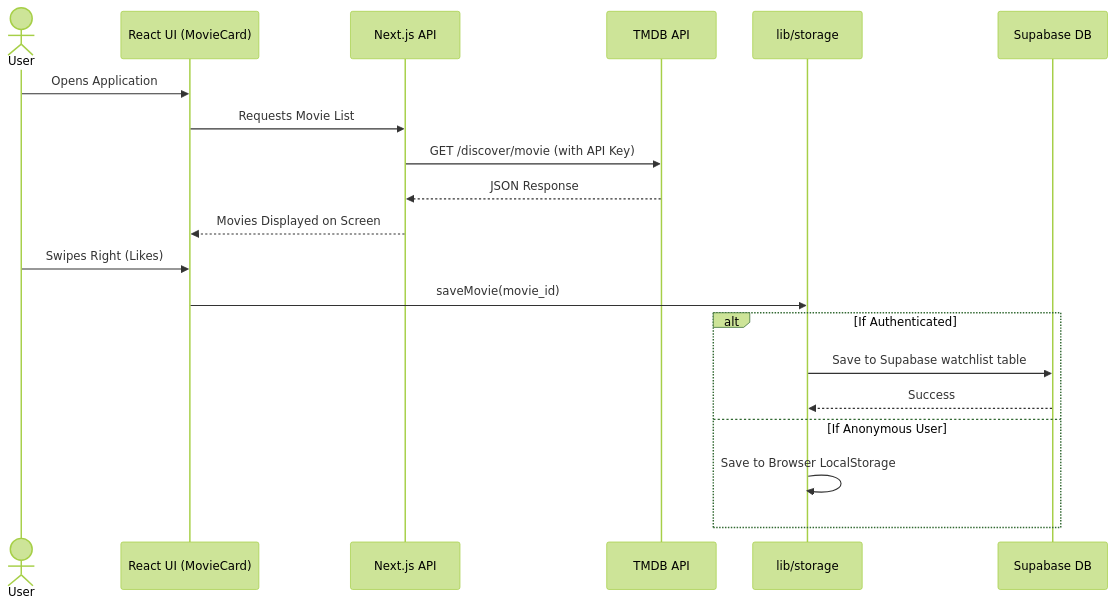
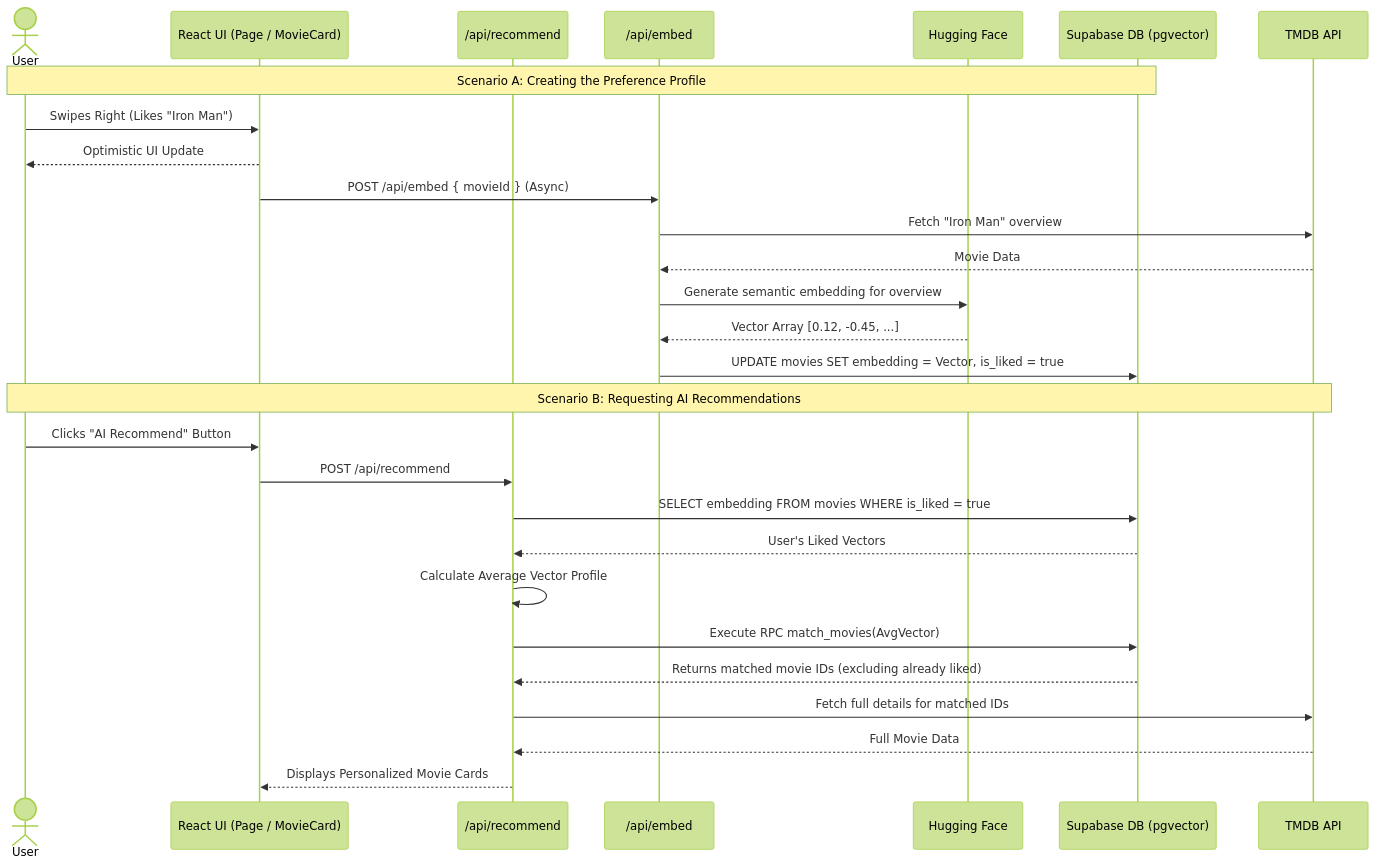
Before and after one commit to mehmetali-ozturk/movier: the second of 4 diagrams in ARCHITECTURE.md, drawn with Mermaid (forest theme). The commit also changed other lines of this file, not shown here.

Commit message:
Architecture update for AI analyze

````diff
--- a/ARCHITECTURE.md
+++ b/ARCHITECTURE.md
@@ -111,24 +126,32 @@
 ```mermaid
 sequenceDiagram
     actor User
-    participant UI as React UI (MovieCard)
-    participant API as Next.js API
+    participant UI as React UI (Page / MovieCard)
+    participant RecAPI as /api/recommend
+    participant EmbedAPI as /api/embed
+    participant HF as Hugging Face
+    participant DB as Supabase DB (pgvector)
     participant TMDB as TMDB API
-    participant Store as lib/storage
-    participant DB as Supabase DB
 
-    User->>UI: Opens Application
-    UI->>API: Requests Movie List
-    API->>TMDB: GET /discover/movie (with API Key)
-    TMDB-->>API: JSON Response
-    API-->>UI: Movies Displayed on Screen
-    User->>UI: Swipes Right (Likes)
-    UI->>Store: saveMovie(movie_id)
+    Note over User, DB: Scenario A: Creating the Preference Profile
+    User->>UI: Swipes Right (Likes "Iron Man")
+    UI-->>User: Optimistic UI Update
+    UI->>EmbedAPI: POST /api/embed { movieId } (Async)
+    EmbedAPI->>TMDB: Fetch "Iron Man" overview
+    TMDB-->>EmbedAPI: Movie Data
+    EmbedAPI->>HF: Generate semantic embedding for overview
+    HF-->>EmbedAPI: Vector Array [0.12, -0.45, ...]
+    EmbedAPI->>DB: UPDATE movies SET embedding = Vector, is_liked = true
     
-    alt If Authenticated
-        Store->>DB: Save to Supabase watchlist table
-        DB-->>Store: Success
-    else If Anonymous User
-        Store->>Store: Save to Browser LocalStorage
-    end
+    Note over User, TMDB: Scenario B: Requesting AI Recommendations
+    User->>UI: Clicks "AI Recommend" Button
+    UI->>RecAPI: POST /api/recommend
+    RecAPI->>DB: SELECT embedding FROM movies WHERE is_liked = true
+    DB-->>RecAPI: User's Liked Vectors
+    RecAPI->>RecAPI: Calculate Average Vector Profile
+    RecAPI->>DB: Execute RPC match_movies(AvgVector)
+    DB-->>RecAPI: Returns matched movie IDs (excluding already liked)
+    RecAPI->>TMDB: Fetch full details for matched IDs
+    TMDB-->>RecAPI: Full Movie Data
+    RecAPI-->>UI: Displays Personalized Movie Cards
 ```
````
